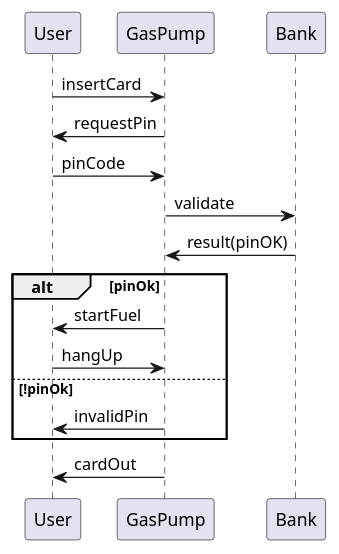
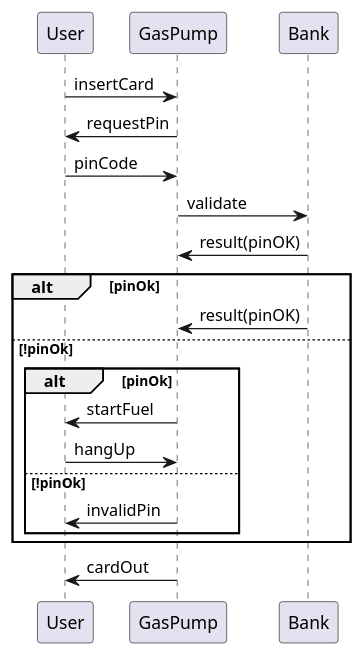
The diagram in swtp2/input.plantuml (lkdev97/swtp_impl), drawn with PlantUML before and after one commit. The commit also changed 3 other files, not shown here.

```diff
--- a/swtp2/input.plantuml
+++ b/swtp2/input.plantuml
@@ -1,14 +1,18 @@
 @startuml test
 User -> GasPump: insertCard
 GasPump -> User: requestPin
 User -> GasPump: pinCode
 GasPump -> Bank: validate
 Bank -> GasPump: result(pinOK)
 alt pinOk
+Bank -> GasPump: result(pinOK)
+else !pinOk
+alt pinOk
 GasPump -> User: startFuel
 User -> GasPump: hangUp
 else !pinOk
 GasPump -> User: invalidPin
 end
+end
 GasPump -> User: cardOut
 @enduml
```
